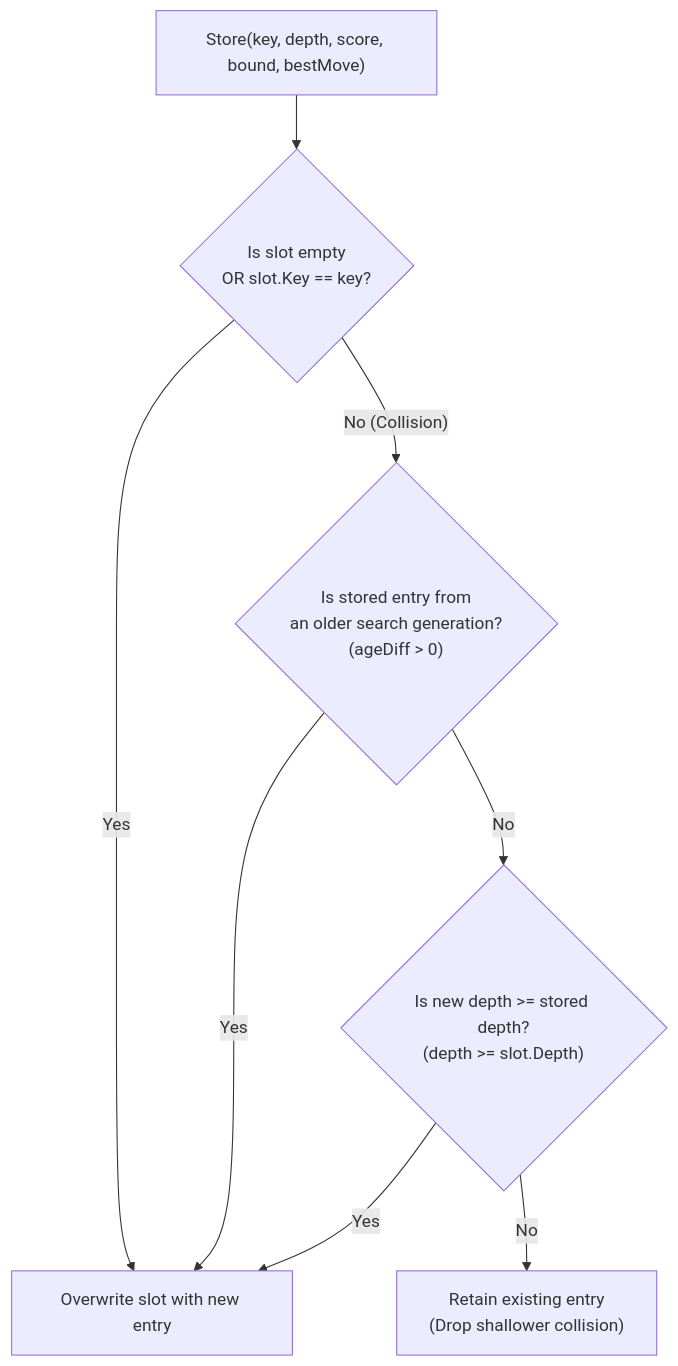
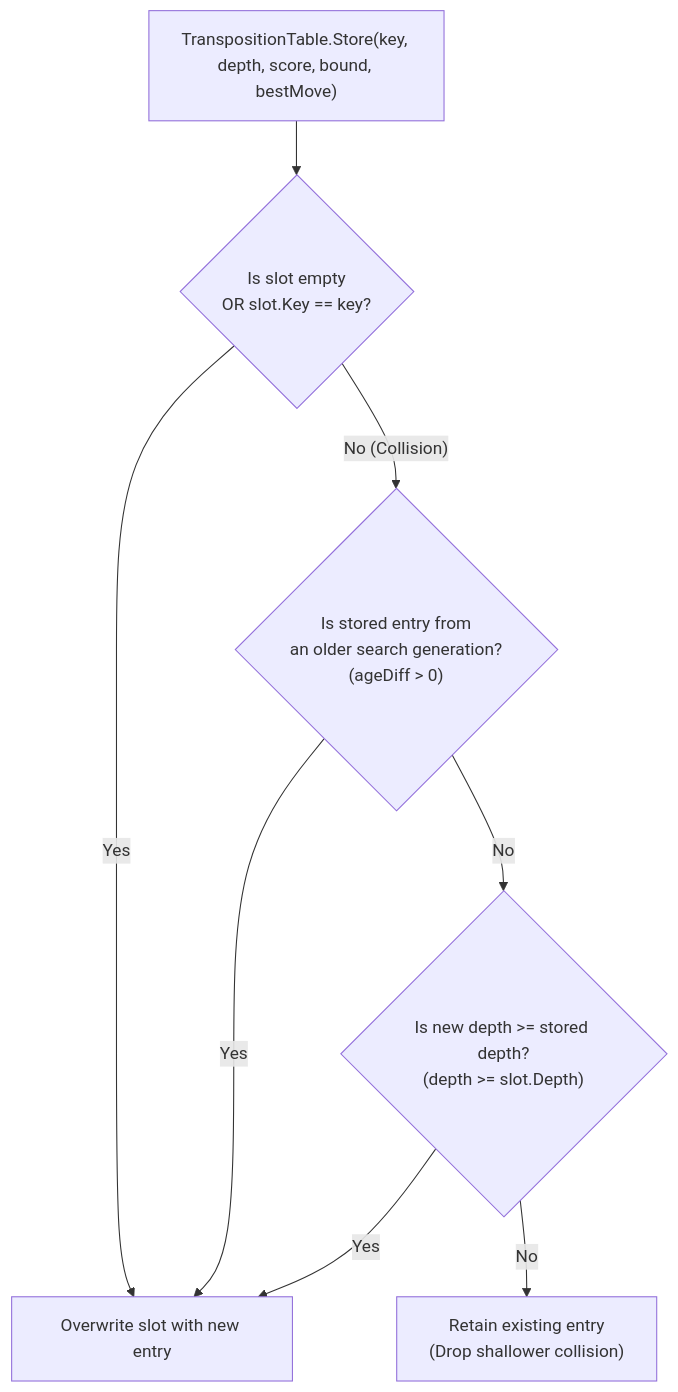
The first of 2 diagrams in docs/brain/09-transposition-table.md (cjp-dev/Gomoku), drawn with Mermaid before and after one commit. The commit also changed other lines of this file and 26 other files, not shown here.

````diff
--- a/docs/brain/09-transposition-table.md
+++ b/docs/brain/09-transposition-table.md
@@ -143,10 +145,10 @@
 ```mermaid
 flowchart TD
-    Store["Store(key, depth, score, bound, bestMove)"] --> SlotCheck{"Is slot empty<br/>OR slot.Key == key?"}
+    Store["TranspositionTable.Store(key, depth, score, bound, bestMove)"] --> SlotCheck{"Is slot empty<br/>OR slot.Key == key?"}
     SlotCheck -- "Yes" --> Overwrite["Overwrite slot with new entry"]
     SlotCheck -- "No (Collision)" --> AgeCheck{"Is stored entry from<br/>an older search generation?<br/>(ageDiff &gt; 0)"}
     AgeCheck -- "Yes" --> Overwrite
     AgeCheck -- "No" --> DepthCheck{"Is new depth &gt;= stored depth?<br/>(depth &gt;= slot.Depth)"}
     DepthCheck -- "Yes" --> Overwrite
     DepthCheck -- "No" --> Retain["Retain existing entry<br/>(Drop shallower collision)"]
 ```
````
